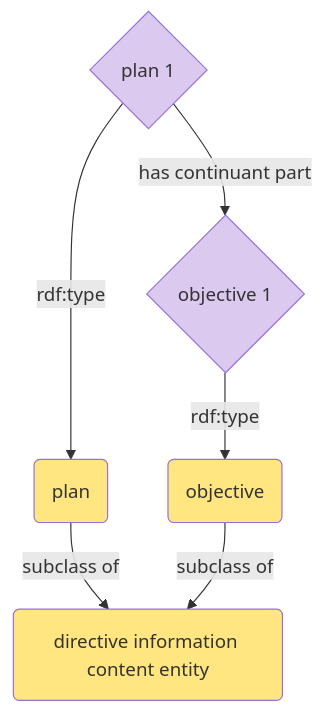
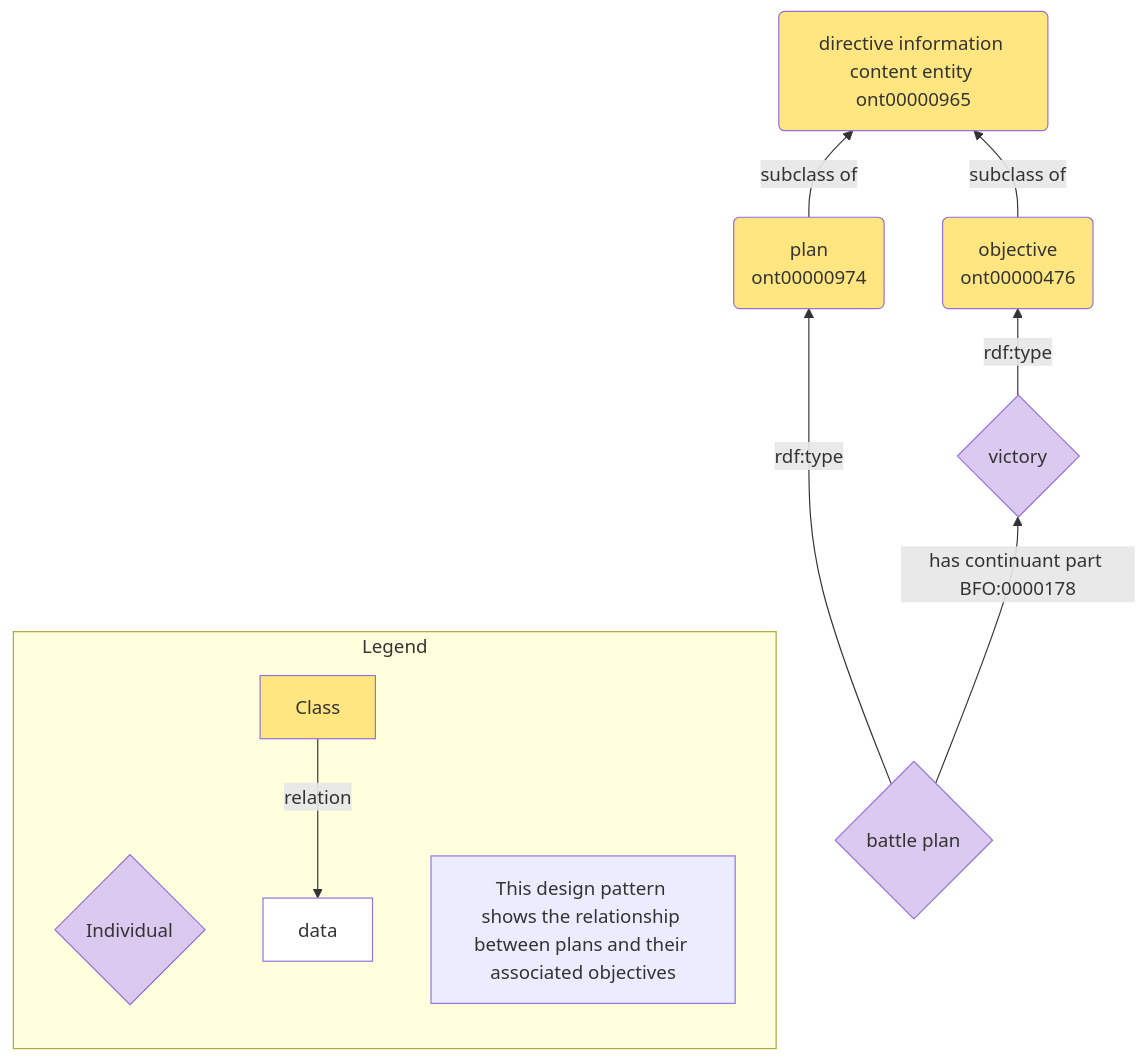
Before and after one commit to giacomodecolle/CCO-design-patterns: the diagram in design-patterns/new-patterns/information/plan + objective.mmd, drawn with Mermaid.

Commit message:
Update plan + objective.mmd

```diff
--- a/design-patterns/new-patterns/information/plan + objective.mmd
+++ b/design-patterns/new-patterns/information/plan + objective.mmd
@@ -1,17 +1,33 @@
-flowchart TD
-id1(directive information content entity)
-id2(plan)--subclass of-->id1
-id3(objective)--subclass of-->id1
-id4{plan 1}--rdf:type-->id2
-id5{objective 1}--rdf:type-->id3
-id4--has continuant part-->id5
+flowchart BT
+id1(directive information content entity 
+ont00000965)
+id2(plan 
+ont00000974)--subclass of-->id1
+id3(objective 
+ont00000476)--subclass of-->id1
+id4{battle plan}--rdf:type-->id2
+id5{victory}--rdf:type-->id3
+id4--has continuant part BFO:0000178-->id5
 id1:::Class_01
 classDef Class_01 fill:#ffe680
 id2:::Class_02
 classDef Class_02 fill:#ffe680
 id3:::Class_03
 classDef Class_03 fill:#ffe680
 id4:::Class_04
 classDef Class_04 fill:#dbc9ef
 id5:::Class_05
-classDef Class_05 fill:#dbc9ef
+classDef Class_05 fill:#dbc9ef 
+subgraph Legend
+    AA{Individual}
+    BB[Class]
+    CC[data]
+    BB --> |relation| CC
+    DD[This design pattern shows the relationship between plans and their associated objectives]
+    classDef yellow fill:#ffe680
+classDef purple fill:#dbc9ef
+classDef white fill:#ffffff
+class BB yellow
+class AA purple
+class CC white
+    end
```
